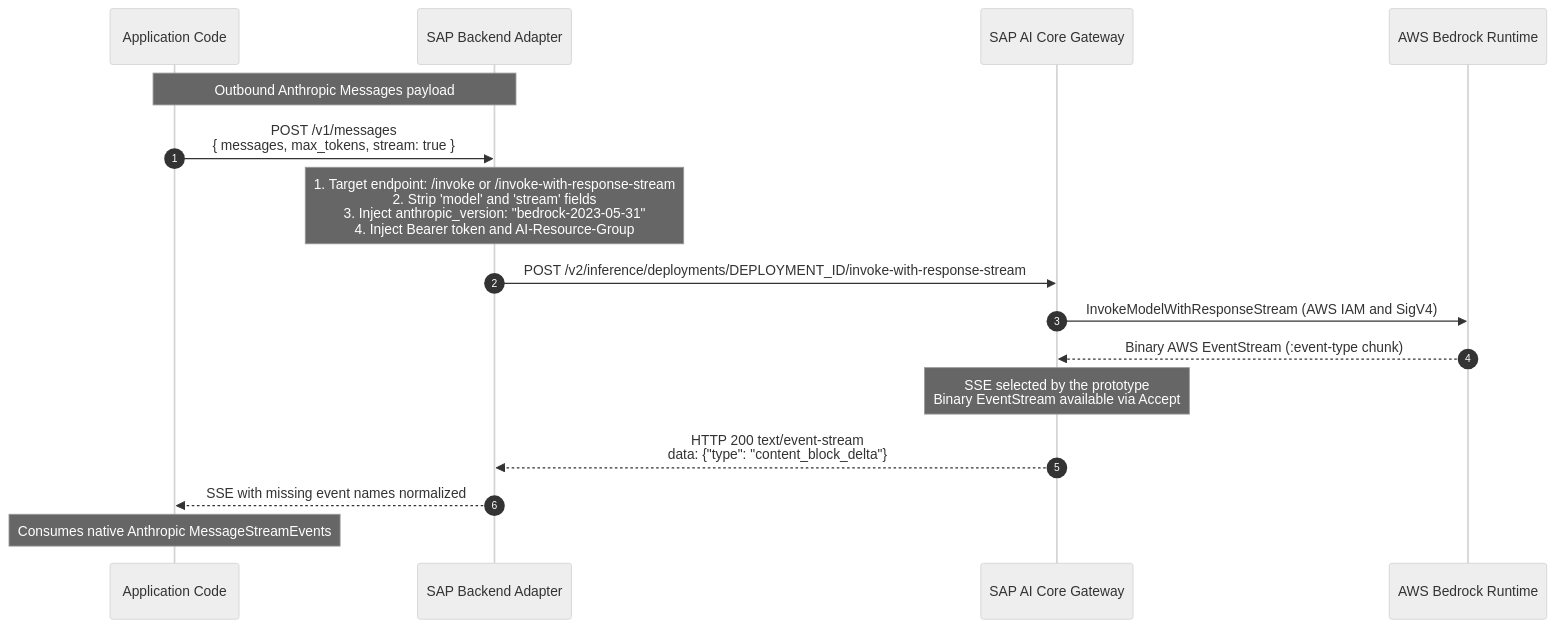
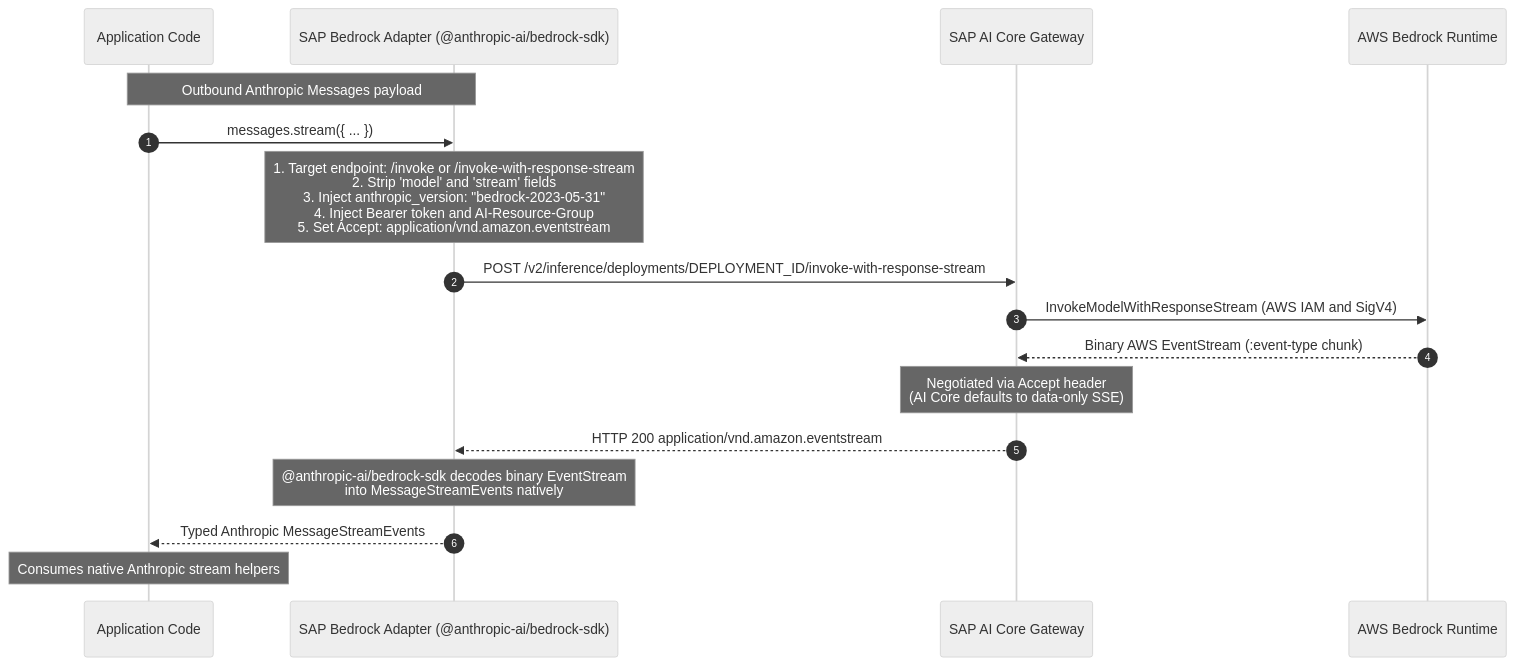
Before and after one commit to SAP/ai-sdk-js: the diagram in adr/014-aws-bedrock-foundation-models.md, drawn with Mermaid (neutral theme). The commit also changed other lines of this file, not shown here.

````diff
--- a/adr/014-aws-bedrock-foundation-models.md
+++ b/adr/014-aws-bedrock-foundation-models.md
@@ -75,19 +76,20 @@
 ```mermaid
 sequenceDiagram
     autonumber
     participant App as Application Code
-    participant Adapter as SAP Backend Adapter
+    participant Adapter as SAP Bedrock Adapter (@anthropic-ai/bedrock-sdk)
     participant AICore as SAP AI Core Gateway
     participant Bedrock as AWS Bedrock Runtime
 
     Note over App,Adapter: Outbound Anthropic Messages payload
-    App->>Adapter: POST /v1/messages<br/>{ messages, max_tokens, stream: true }
-    Note over Adapter: 1. Target endpoint: /invoke or /invoke-with-response-stream<br/>2. Strip 'model' and 'stream' fields<br/>3. Inject anthropic_version: "bedrock-2023-05-31"<br/>4. Inject Bearer token and AI-Resource-Group
+    App->>Adapter: messages.stream({ ... })
+    Note over Adapter: 1. Target endpoint: /invoke or /invoke-with-response-stream<br/>2. Strip 'model' and 'stream' fields<br/>3. Inject anthropic_version: "bedrock-2023-05-31"<br/>4. Inject Bearer token and AI-Resource-Group<br/>5. Set Accept: application/vnd.amazon.eventstream
     Adapter->>AICore: POST /v2/inference/deployments/DEPLOYMENT_ID/invoke-with-response-stream
     AICore->>Bedrock: InvokeModelWithResponseStream (AWS IAM and SigV4)
     Bedrock-->>AICore: Binary AWS EventStream (:event-type chunk)
-    Note over AICore: SSE selected by the prototype<br/>Binary EventStream available via Accept
-    AICore-->>Adapter: HTTP 200 text/event-stream<br/>data: {"type": "content_block_delta"}
-    Adapter-->>App: SSE with missing event names normalized
-    Note over App: Consumes native Anthropic MessageStreamEvents
+    Note over AICore: Negotiated via Accept header<br/>(AI Core defaults to data-only SSE)
+    AICore-->>Adapter: HTTP 200 application/vnd.amazon.eventstream
+    Note over Adapter: @anthropic-ai/bedrock-sdk decodes binary EventStream<br/>into MessageStreamEvents natively
+    Adapter-->>App: Typed Anthropic MessageStreamEvents
+    Note over App: Consumes native Anthropic stream helpers
 ```
````
